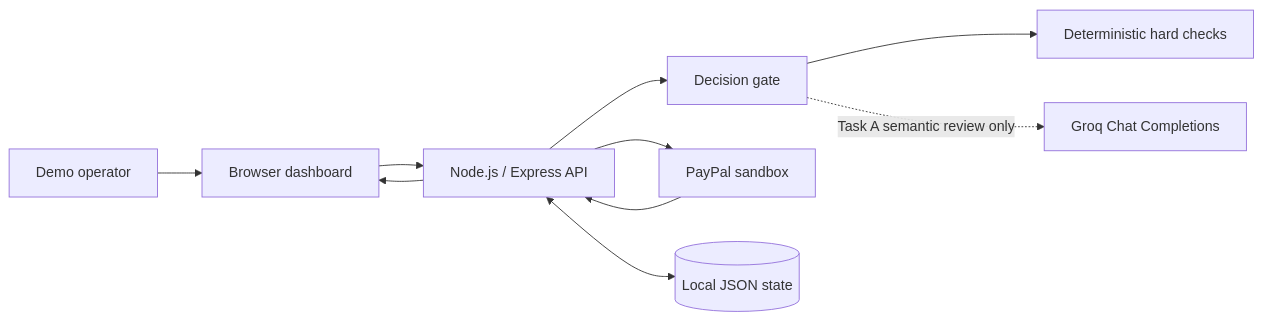
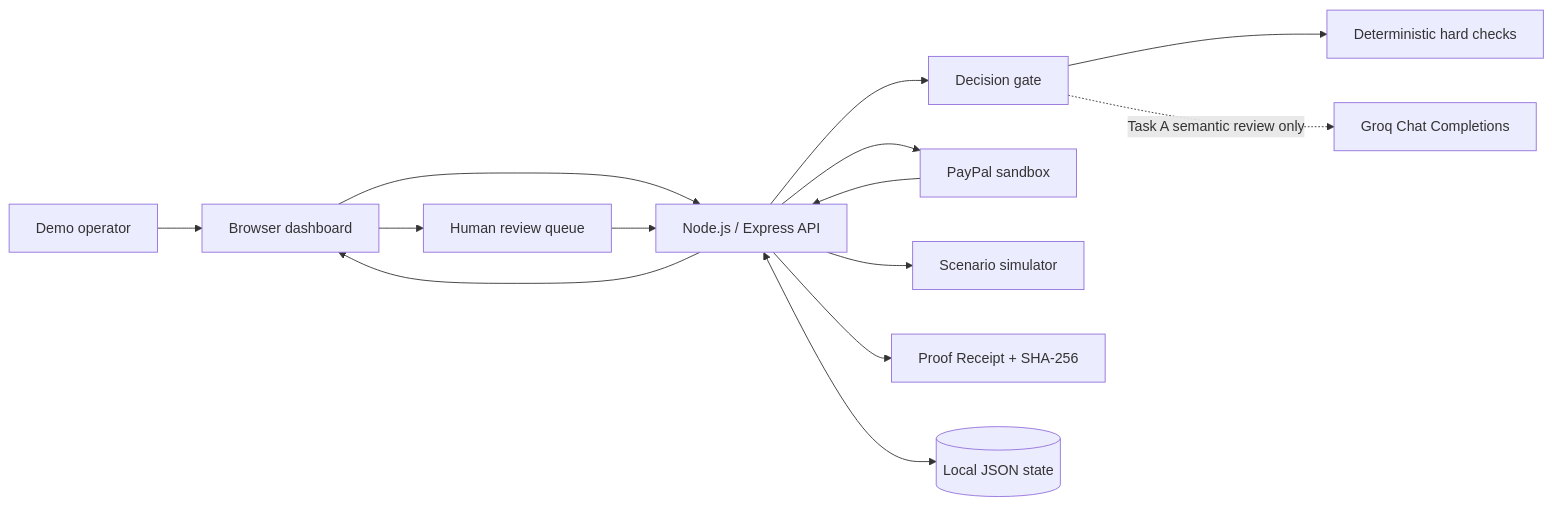
One commit to Pragnesh-10/pay-on-proof changed the diagram in docs/ARCHITECTURE.md. Above: the diagram before and after it, drawn with Mermaid. The commit also changed other lines of this file, not shown here.

Commit message:
Document review policy, receipts, and simulator architecture

````diff
--- a/docs/ARCHITECTURE.md
+++ b/docs/ARCHITECTURE.md
@@ -5,12 +5,16 @@
 ```mermaid
 flowchart LR
   U[Demo operator] --> UI[Browser dashboard]
   UI --> API[Node.js / Express API]
   API --> GATE[Decision gate]
   GATE --> DET[Deterministic hard checks]
   GATE -. Task A semantic review only .-> GROQ[Groq Chat Completions]
   API --> PAYPAL[PayPal sandbox]
+  API --> SIM[Scenario simulator]
+  API --> RECEIPT[Proof Receipt + SHA-256]
+  UI --> REVIEW[Human review queue]
+  REVIEW --> API
   API <--> STATE[(Local JSON state)]
   PAYPAL --> API
   API --> UI
 ```
````
